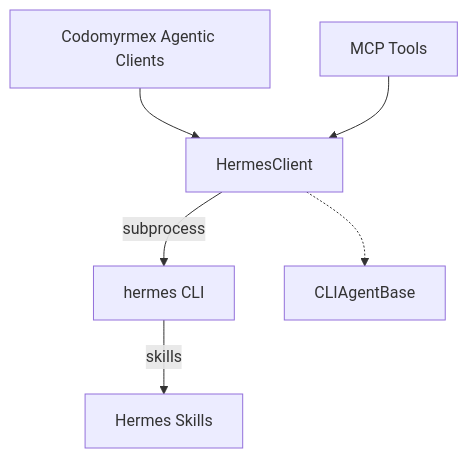
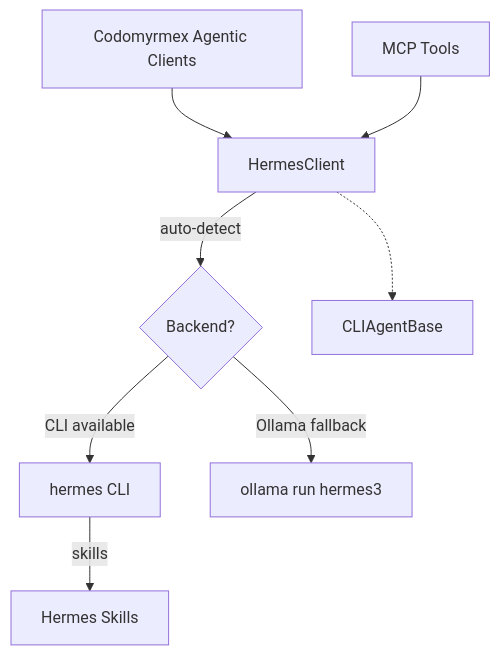
One commit to docxology/codomyrmex changed the diagram in src/codomyrmex/agents/hermes/SPEC.md. Above: the diagram before and after it, drawn with Mermaid. The commit also changed other lines of this file and 2486 other files, not shown here.

````diff
--- a/src/codomyrmex/agents/hermes/SPEC.md
+++ b/src/codomyrmex/agents/hermes/SPEC.md
@@ -11,8 +11,10 @@
 ```mermaid
 graph TD
     AC[Codomyrmex Agentic Clients] --> HC[HermesClient]
-    HC --> |subprocess| HCLI[hermes CLI]
+    HC --> |auto-detect| BD{Backend?}
+    BD --> |CLI available| HCLI[hermes CLI]
+    BD --> |Ollama fallback| OL[ollama run hermes3]
     HCLI --> |skills| HS[Hermes Skills]
     MCP[MCP Tools] --> HC
     HC -.-> Base[CLIAgentBase]
 ```
````
